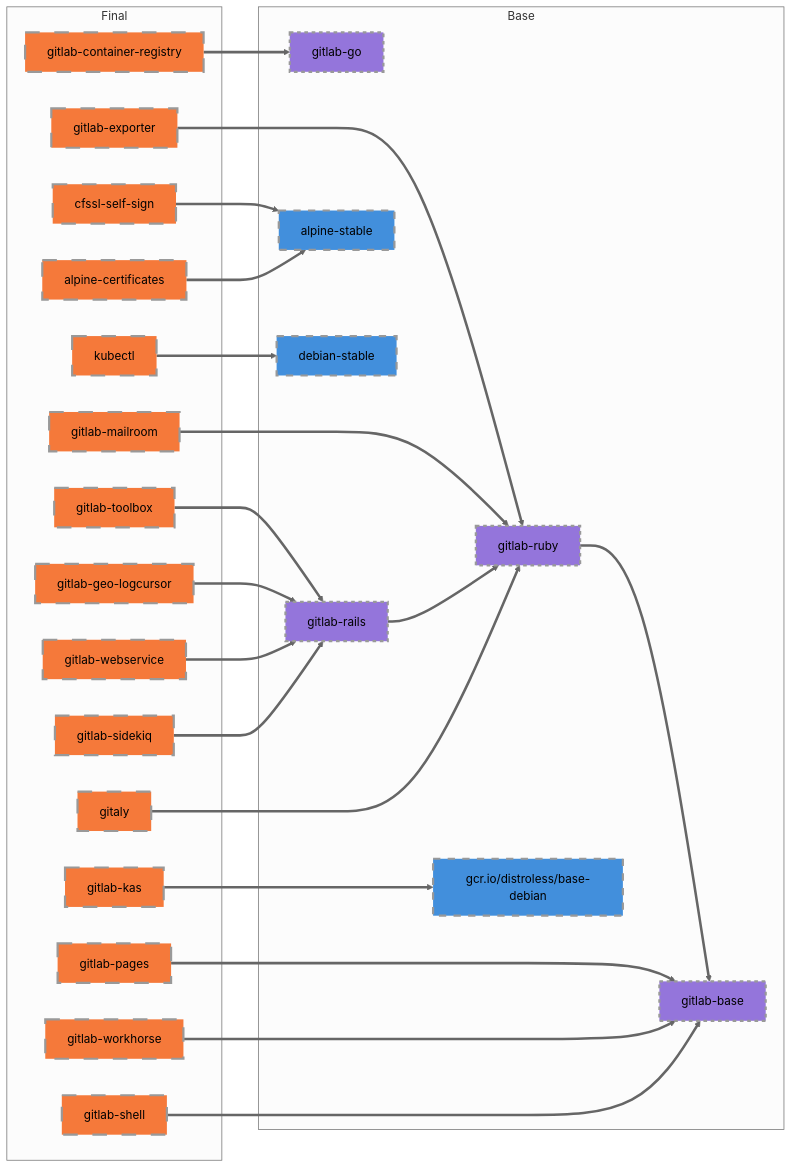
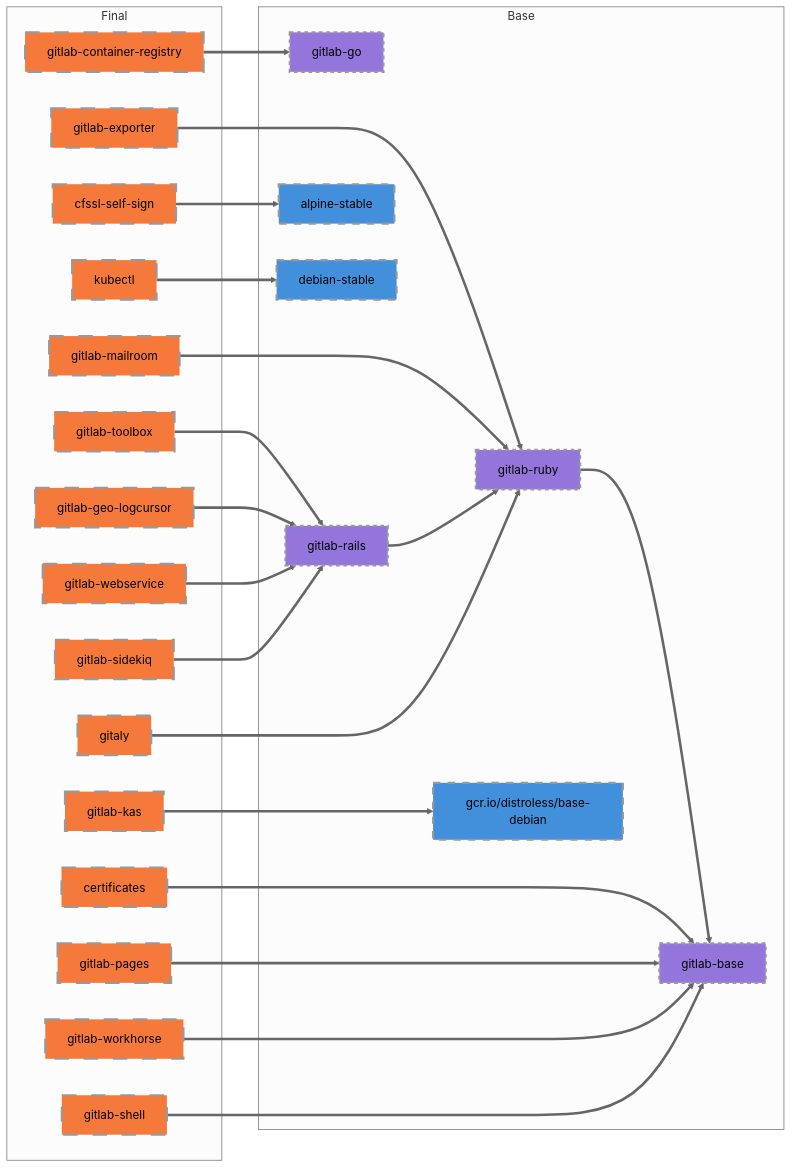
The first of 2 diagrams in docs/build.md (tachyons/gitlab-pages), drawn with Mermaid (neutral theme) before and after one commit. The commit also changed other lines of this file and 12 other files, not shown here.

Commit message:
Use gitlab-base for certificates container

````diff
--- a/docs/build.md
+++ b/docs/build.md
@@ -375,56 +375,56 @@
 ```mermaid
 graph LR;
   subgraph Final
     gitlab-toolbox:::final
     gitlab-webservice:::final
     gitlab-workhorse:::final
     gitlab-sidekiq:::final
     gitlab-geo-logcursor:::final
     gitlab-exporter:::final
     gitlab-mailroom:::final
     gitlab-shell:::final
     gitlab-pages:::final
     gitaly:::final
     gitlab-kas:::final
     kubectl:::final
     gitlab-container-registry:::final
-    alpine-certificates:::final
+    certificates:::final
     cfssl-self-sign:::final
   end
 
   subgraph Base
     gitlab-base
     gitlab-go
     gitlab-ruby==>gitlab-base;
     gitlab-rails
     alpine-stable:::external;
     debian-stable:::external;
     gcr.io/distroless/base-debian:::external;
   end
 
   kubectl==>debian-stable;
   cfssl-self-sign==>alpine-stable;
-  alpine-certificates==>alpine-stable;
+  certificates==>gitlab-base;
 
   gitlab-toolbox==>gitlab-rails;
   gitlab-geo-logcursor==>gitlab-rails;
   gitlab-webservice==>gitlab-rails;
   gitlab-sidekiq==>gitlab-rails;
 
   gitlab-exporter==>gitlab-ruby;
   gitlab-mailroom===>gitlab-ruby;
   gitlab-pages===>gitlab-base;
   gitlab-rails==>gitlab-ruby;
   gitlab-workhorse==>gitlab-base
   gitaly===>gitlab-ruby;
 
   gitlab-shell===>gitlab-base;
 
   gitlab-container-registry==>gitlab-go
 
   gitlab-kas===>gcr.io/distroless/base-debian;
 
   classDef default color:#000000, fill:#9475db, stroke-width:3, stroke-dasharray:5 5;
   classDef external color:#000000, fill:#428fdc,stroke-width:3, stroke-dasharray:10 10;
   classDef final color:#000000, fill:#f5793a,stroke-width:3, stroke-dasharray:20 20;
 ```
````
